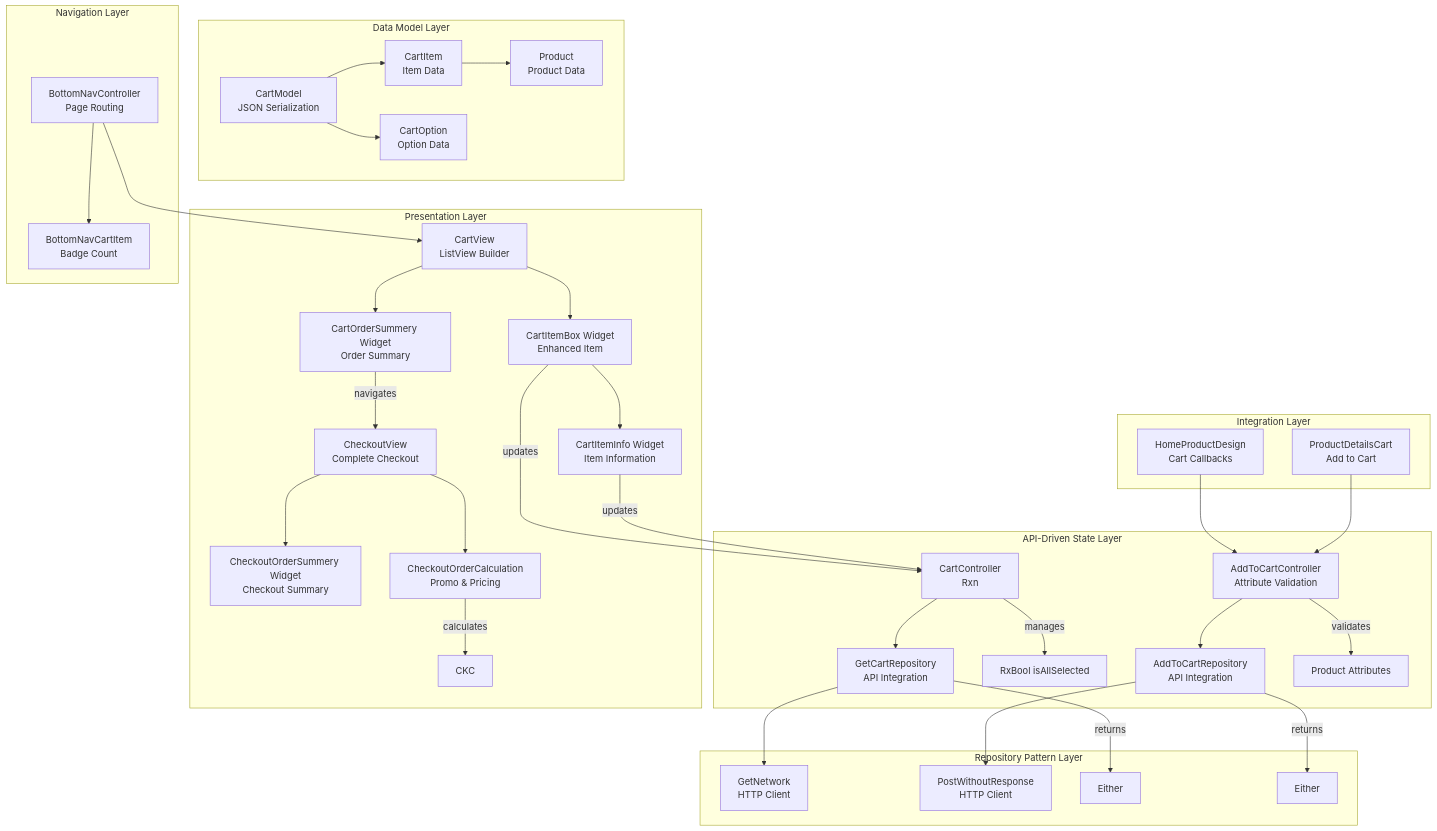
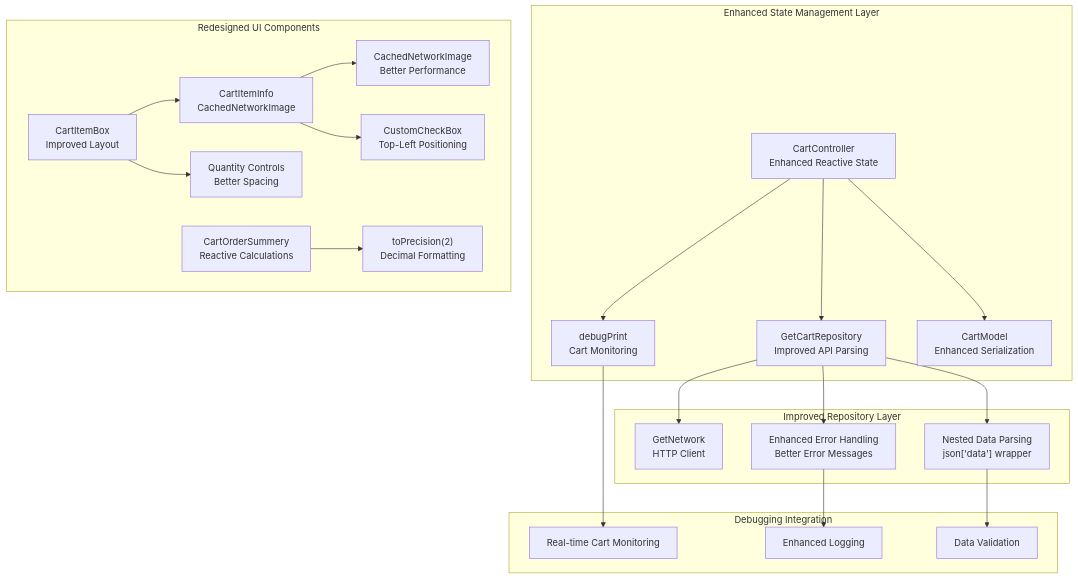
The second of 11 diagrams in .qoder/repowiki/en/content/Core Features/E-commerce Platform/Shopping Cart System.md (Ariful3111/FurniGo), drawn with Mermaid before and after one commit. The commit also changed other lines of this file and 8 other files, not shown here.

Commit message:
Cart Item Toggle Completed

````diff
--- a/.qoder/repowiki/en/content/Core Features/E-commerce Platform/Shopping Cart System.md
+++ b/.qoder/repowiki/en/content/Core Features/E-commerce Platform/Shopping Cart System.md
@@ -176,39 +133,25 @@
 ```mermaid
 graph TB
-subgraph "API-Driven State Layer"
-CC["CartController<br/>Rxn<CartModel>"] --> GCR["GetCartRepository<br/>API Integration"]
-CC --> |manages| ISAS["RxBool isAllSelected"]
-ATCC["AddToCartController<br/>Attribute Validation"] --> ACR["AddToCartRepository<br/>API Integration"]
-ATCC --> |validates| ATC["Product Attributes"]
+subgraph "Enhanced State Management Layer"
+CC["CartController<br/>Enhanced Reactive State"] --> DEBUG["debugPrint<br/>Cart Monitoring"]
+CC --> GCR["GetCartRepository<br/>Improved API Parsing"]
+CC --> CM["CartModel<br/>Enhanced Serialization"]
 end
-subgraph "Repository Pattern Layer"
+subgraph "Improved Repository Layer"
 GCR --> GN["GetNetwork<br/>HTTP Client"]
-ACR --> PWR["PostWithoutResponse<br/>HTTP Client"]
-GCR --> |returns| EIT["Either<ErrorModel, CartModel>"]
-ACR --> |returns| EIT2["Either<ErrorModel, bool>"]
+GCR --> PARSE["Nested Data Parsing<br/>json['data'] wrapper"]
+GCR --> ERROR["Enhanced Error Handling<br/>Better Error Messages"]
 end
-subgraph "Data Model Layer"
-CM["CartModel<br/>JSON Serialization"] --> CIM["CartItem<br/>Item Data"]
-CM --> CO["CartOption<br/>Option Data"]
-CIM --> CP["Product<br/>Product Data"]
+subgraph "Redesigned UI Components"
+CIB["CartItemBox<br/>Improved Layout"] --> CII["CartItemInfo<br/>CachedNetworkImage"]
+CII --> CNI["CachedNetworkImage<br/>Better Performance"]
+CII --> CBC["CustomCheckBox<br/>Top-Left Positioning"]
+CIB --> QTY["Quantity Controls<br/>Better Spacing"]
+COS["CartOrderSummery<br/>Reactive Calculations"] --> RX["toPrecision(2)<br/>Decimal Formatting"]
 end
-subgraph "Presentation Layer"
-CV["CartView<br/>ListView Builder"] --> CIB["CartItemBox Widget<br/>Enhanced Item"]
-CIB --> CII["CartItemInfo Widget<br/>Item Information"]
-CV --> COS["CartOrderSummery Widget<br/>Order Summary"]
-CV2["CheckoutView<br/>Complete Checkout"] --> COS2["CheckoutOrderSummery Widget<br/>Checkout Summary"]
-CV2 --> COC["CheckoutOrderCalculation<br/>Promo & Pricing"]
-CIB --> |updates| CC
-CII --> |updates| CC
-COS --> |navigates| CV2
-COC --> |calculates| CKC
-end
-subgraph "Navigation Layer"
-BNC["BottomNavController<br/>Page Routing"] --> CV
-BNC --> BNCI["BottomNavCartItem<br/>Badge Count"]
-end
-subgraph "Integration Layer"
-HPD["HomeProductDesign<br/>Cart Callbacks"] --> ATCC
-PDC["ProductDetailsCart<br/>Add to Cart"] --> ATCC
+subgraph "Debugging Integration"
+DEBUG --> MONITOR["Real-time Cart Monitoring"]
+ERROR --> LOG["Enhanced Logging"]
+PARSE --> VALIDATE["Data Validation"]
 end
 ```
````
